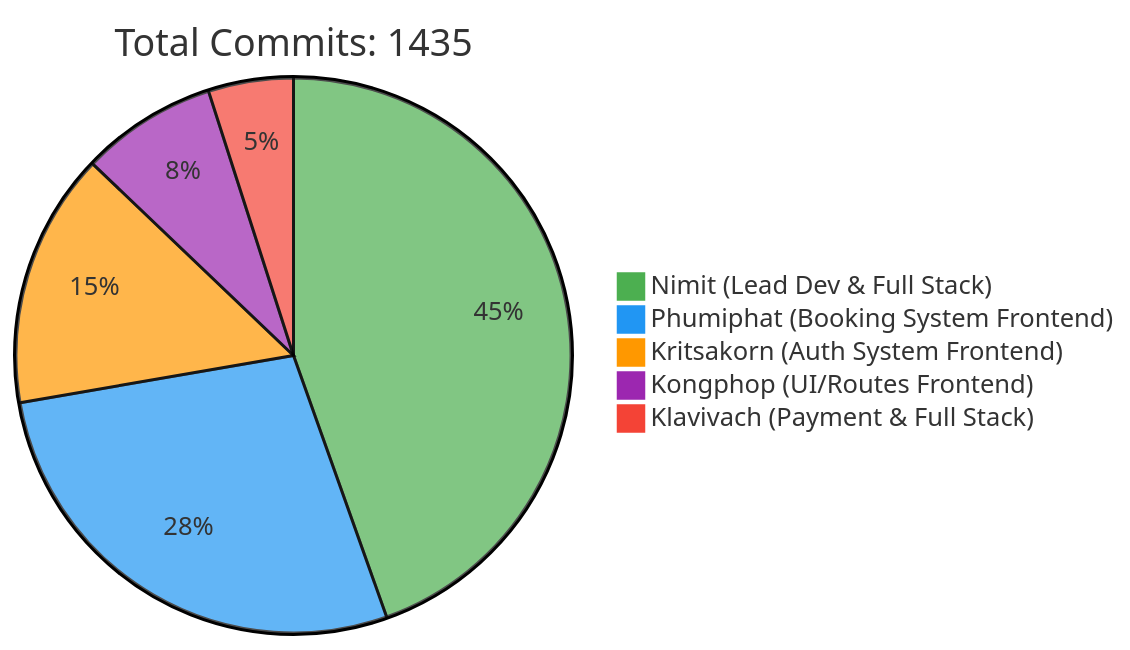
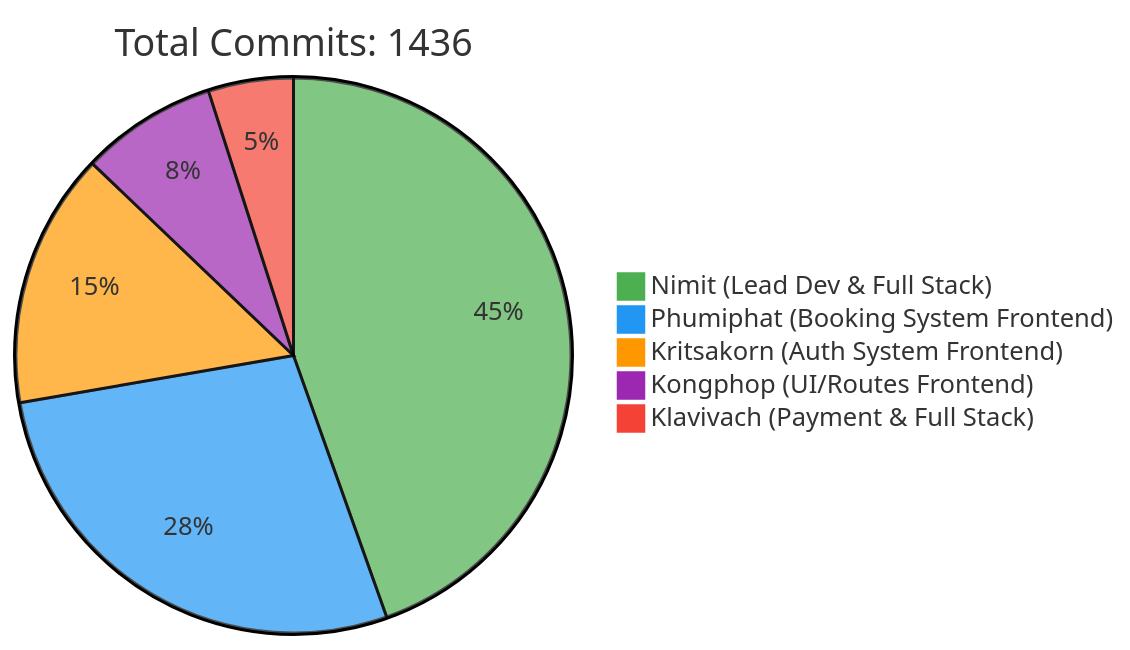
One commit to 6531503042/Sport-Complex changed the first of 2 diagrams in README.md. Above: the diagram before and after it, drawn with Mermaid. The commit also changed other lines of this file, not shown here.

Commit message:
docs: Update contributor statistics [skip ci]

````diff
--- a/README.md
+++ b/README.md
@@ -257,10 +257,10 @@
 ```mermaid
 %%{init: {'theme': 'base', 'themeVariables': { 'pie1': '#4CAF50', 'pie2': '#2196F3', 'pie3': '#FF9800', 'pie4': '#9C27B0', 'pie5': '#F44336'}}}%%
 pie
-    title Total Commits: 1435
+    title Total Commits: 1436
     "Nimit (Lead Dev & Full Stack)" : 450
     "Phumiphat (Booking System Frontend)" : 280
     "Kritsakorn (Auth System Frontend)" : 150
     "Kongphop (UI/Routes Frontend)" : 80
     "Klavivach (Payment & Full Stack)" : 50
 ```
````
